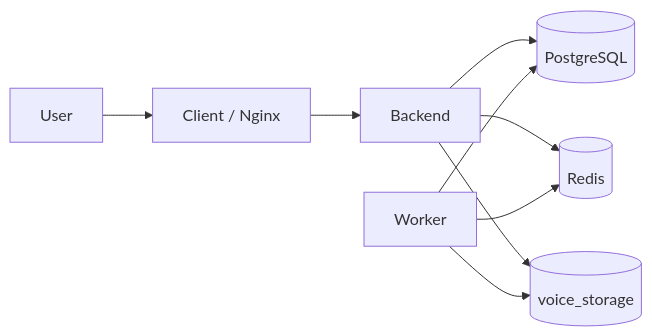
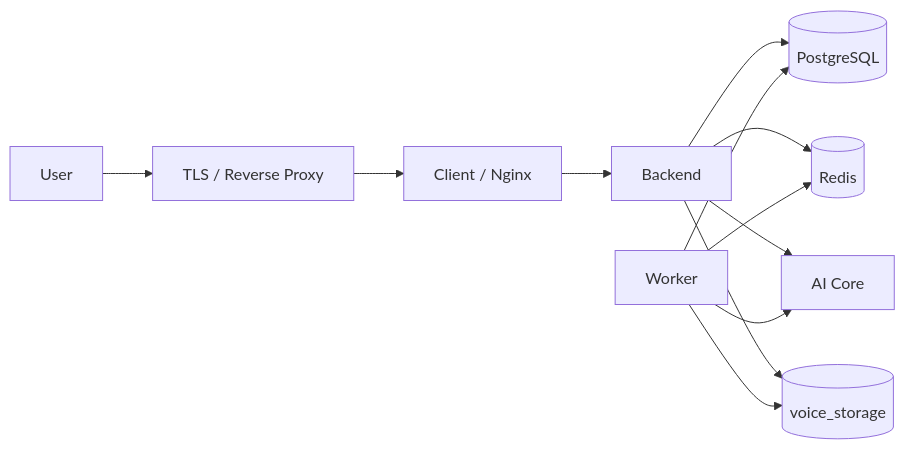
The diagram in docs/operations/deployment.md (SSIT-joint-stock/identify-voice-base), drawn with Mermaid before and after one commit. The commit also changed other lines of this file and 1 other file, not shown here.

````diff
--- a/docs/operations/deployment.md
+++ b/docs/operations/deployment.md
@@ -17,11 +19,14 @@
 ```mermaid
 flowchart LR
-    User --> Client[Client / Nginx]
+    User --> TLS[TLS / Reverse Proxy]
+    TLS --> Client[Client / Nginx]
     Client --> API[Backend]
     API --> DB[(PostgreSQL)]
     API --> Redis[(Redis)]
+    API --> AI[AI Core]
+    API --> Storage[(voice_storage)]
     Worker --> Redis
     Worker --> DB
-    API --> Storage[(voice_storage)]
+    Worker --> AI
     Worker --> Storage
 ```
````
